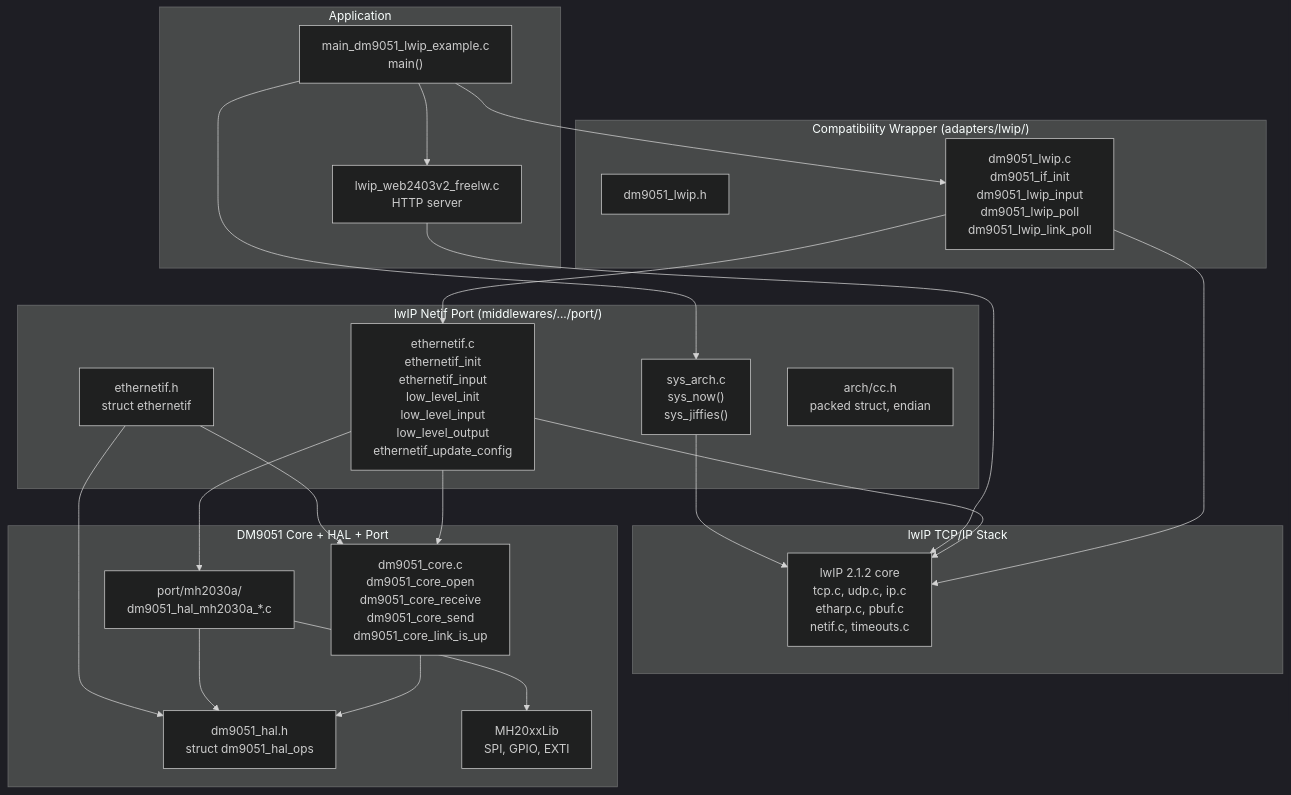
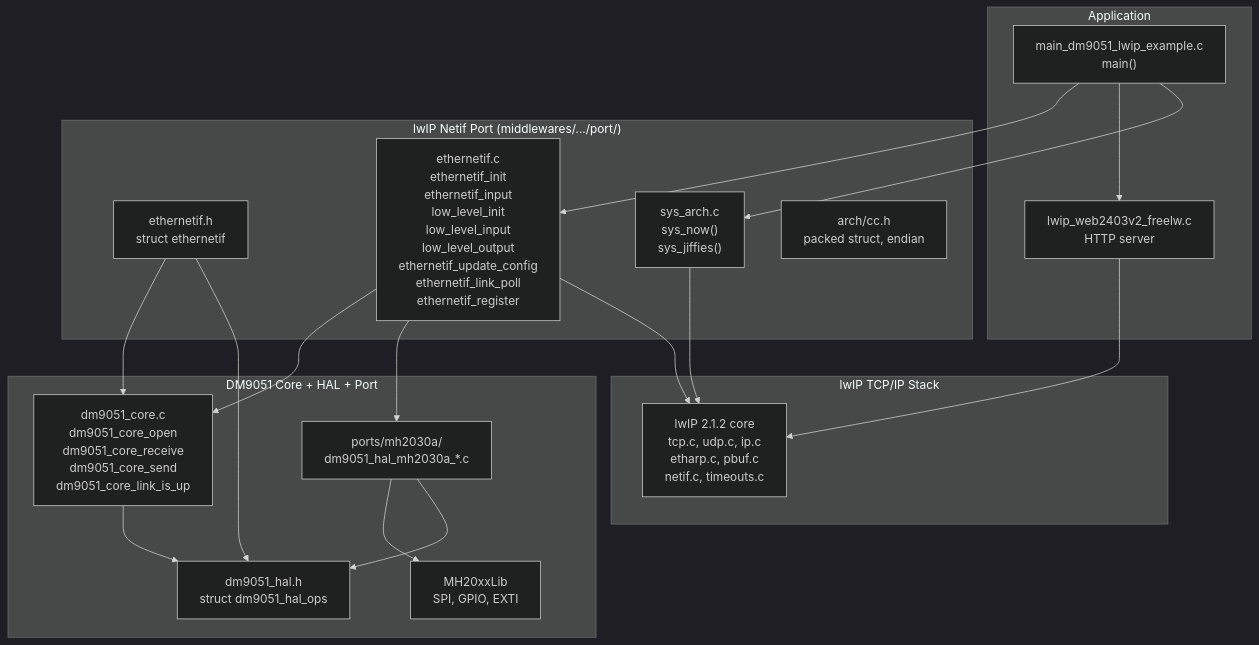
The fifth of 5 diagrams in docs/dm9051_lwip_adapter_analysis.md (yicheng55/mh2030_demo), drawn with Mermaid (dark theme) before and after one commit. The commit also changed other lines of this file, not shown here.

````diff
--- a/docs/dm9051_lwip_adapter_analysis.md
+++ b/docs/dm9051_lwip_adapter_analysis.md
@@ -949,52 +956,44 @@
 ```mermaid
 graph TD
     subgraph "Application"
         MAIN["main_dm9051_lwip_example.c<br/>main()"]
         HTTPD["lwip_web2403v2_freelw.c<br/>HTTP server"]
     end
 
-    subgraph "Compatibility Wrapper (adapters/lwip/)"
-        LWIP_H["dm9051_lwip.h"]
-        LWIP_C["dm9051_lwip.c<br/>dm9051_if_init<br/>dm9051_lwip_input<br/>dm9051_lwip_poll<br/>dm9051_lwip_link_poll"]
-    end
-
     subgraph "lwIP Netif Port (middlewares/.../port/)"
         ETHIF_H["ethernetif.h<br/>struct ethernetif"]
-        ETHIF_C["ethernetif.c<br/>ethernetif_init<br/>ethernetif_input<br/>low_level_init<br/>low_level_input<br/>low_level_output<br/>ethernetif_update_config"]
+        ETHIF_C["ethernetif.c<br/>ethernetif_init<br/>ethernetif_input<br/>low_level_init<br/>low_level_input<br/>low_level_output<br/>ethernetif_update_config<br/>ethernetif_link_poll<br/>ethernetif_register"]
         SYS_ARCH["sys_arch.c<br/>sys_now()<br/>sys_jiffies()"]
         CC_H["arch/cc.h<br/>packed struct, endian"]
     end
 
     subgraph "lwIP TCP/IP Stack"
         LWIP_STACK["lwIP 2.1.2 core<br/>tcp.c, udp.c, ip.c<br/>etharp.c, pbuf.c<br/>netif.c, timeouts.c"]
     end
 
     subgraph "DM9051 Core + HAL + Port"
         CORE["dm9051_core.c<br/>dm9051_core_open<br/>dm9051_core_receive<br/>dm9051_core_send<br/>dm9051_core_link_is_up"]
         HAL_H["dm9051_hal.h<br/>struct dm9051_hal_ops"]
-        HAL_PORT["port/mh2030a/<br/>dm9051_hal_mh2030a_*.c"]
+        HAL_PORT["ports/mh2030a/<br/>dm9051_hal_mh2030a_*.c"]
         MCU_LIB["MH20xxLib<br/>SPI, GPIO, EXTI"]
     end
 
-    MAIN --> LWIP_C
+    MAIN --> ETHIF_C
     MAIN --> HTTPD
     MAIN --> SYS_ARCH
-
-    LWIP_C --> ETHIF_C
-    LWIP_C --> LWIP_STACK
 
     ETHIF_C --> CORE
     ETHIF_C --> HAL_PORT
     ETHIF_C --> LWIP_STACK
 
     HTTPD --> LWIP_STACK
 
     CORE --> HAL_H
     HAL_PORT --> MCU_LIB
     HAL_PORT --> HAL_H
 
     SYS_ARCH --> LWIP_STACK
 
     ETHIF_H --> CORE
     ETHIF_H --> HAL_H
 ```
````
